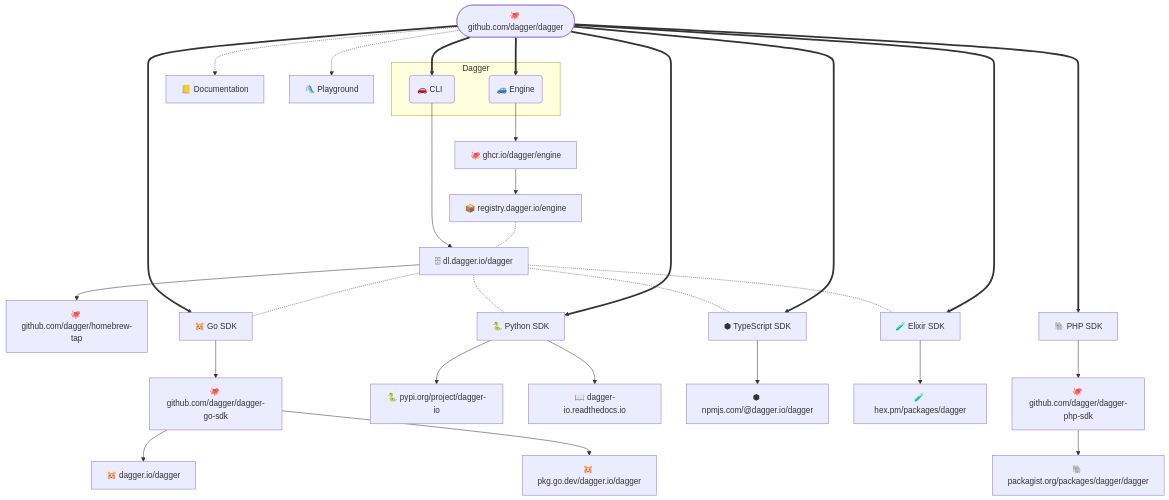
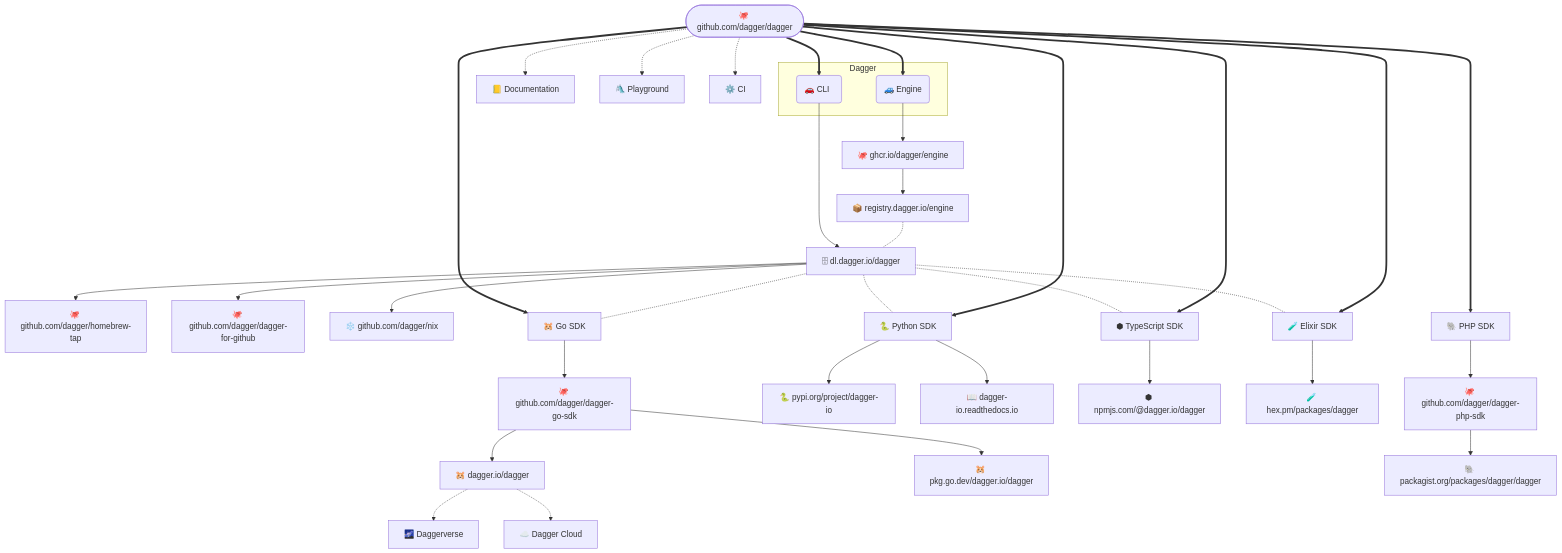
The diagram in RELEASING.md (dagger/dagger), drawn with Mermaid before and after one commit. The commit also changed other lines of this file, not shown here.

````diff
--- a/RELEASING.md
+++ b/RELEASING.md
@@ -16,49 +22,54 @@
 ```mermaid
 flowchart TB
     repo(["🐙 github.com/dagger/dagger"])
     docs["📒 Documentation"]
     playground["🛝 Playground"]
-    repo -.-> docs & playground
+    ci["⚙️ CI"]
+    repo -.-> docs & playground & ci
 
     subgraph Dagger
         engine("🚙 Engine")
         cli("🚗 CLI &nbsp;")
     end
 
     repo ==> engine & cli
 
     S3["🗄 dl.dagger.io/dagger"]
     brew-tap["🐙 github.com/dagger/homebrew-tap"]
-    cli --> S3 --> brew-tap
+    github-action["🐙 github.com/dagger/dagger-for-github"]
+    nix["❄️ github.com/dagger/nix"]
+    cli --> S3 --> brew-tap & github-action & nix
 
     registry["📦 registry.dagger.io/engine"]
     ghcr["🐙 ghcr.io/dagger/engine"]
     engine --> ghcr --> registry
 
-
     go["🐹 Go SDK"]
     go-repo["🐙 github.com/dagger/dagger-go-sdk"]
     go-pkg["🐹 dagger.io/dagger"]
     go-ref["🐹 pkg.go.dev/dagger.io/dagger"]
+    daggerverse["🌌 Daggerverse"]
+    cloud["☁️ Dagger Cloud"]
 
     repo ==> go --> go-repo --> go-pkg & go-ref
+    go-pkg -.-> daggerverse & cloud
     registry -.- S3 -.- go & python & typescript & elixir
 
     python["🐍 Python SDK"]
     pypi["🐍 pypi.org/project/dagger-io"]
     readthedocs["📖 dagger-io.readthedocs.io"]
     repo ==> python --> pypi & readthedocs
 
     typescript["⬢ TypeScript SDK"]
     npm["⬢ npmjs.com/@dagger.io/dagger"]
     repo ==> typescript --> npm
 
     elixir["🧪 Elixir SDK"]
     hex["🧪 hex.pm/packages/dagger"]
     repo ==> elixir --> hex
 
     php["🐘 PHP SDK"]
     php-repo["🐙 github.com/dagger/dagger-php-sdk"]
     php-pkg["🐘 packagist.org/packages/dagger/dagger"]
     repo ======> php --> php-repo --> php-pkg
 ```
````
